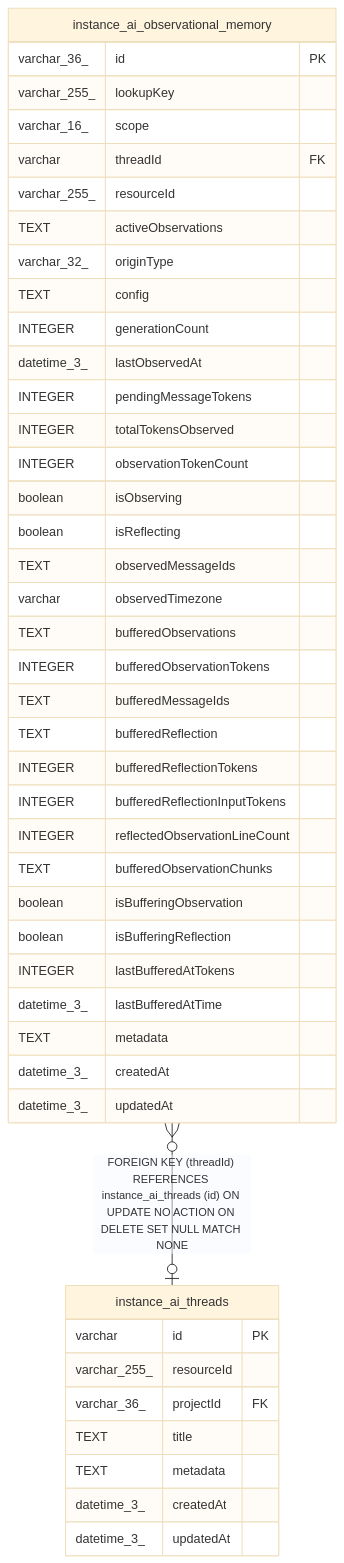
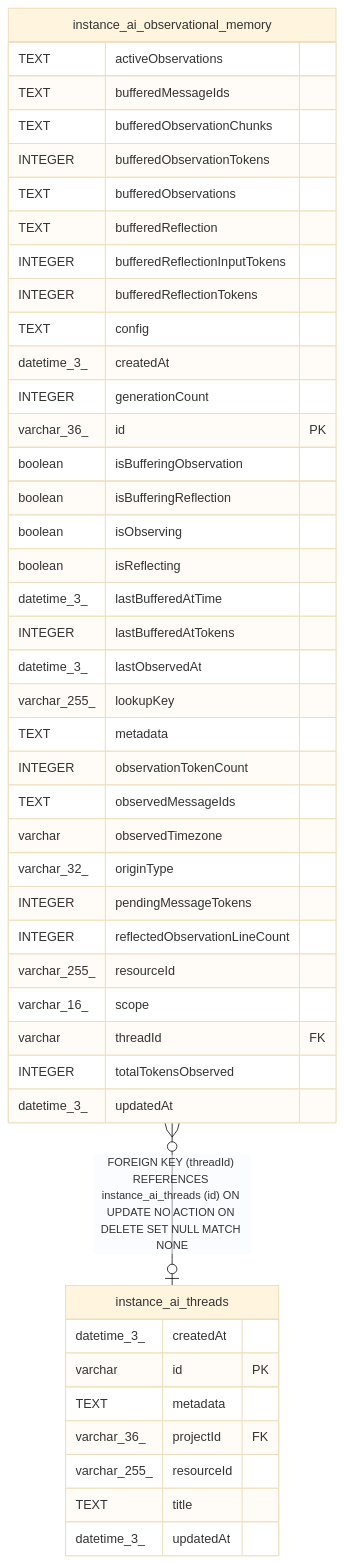
The diagram in docs/generated/sqlite-schema/instance_ai_observational_memory.md (mayankjain1815-commits/n8n), drawn with Mermaid (base theme) before and after one commit. The commit also changed other lines of this file and 221 other files, not shown here.

Commit message:
chore(core): Make DB schema docs generation deterministic (#32373)

````diff
--- a/docs/generated/sqlite-schema/instance_ai_observational_memory.md
+++ b/docs/generated/sqlite-schema/instance_ai_observational_memory.md
@@ -69,49 +69,49 @@
 ```mermaid
 erDiagram
 
 "instance_ai_observational_memory" }o--o| "instance_ai_threads" : "FOREIGN KEY (threadId) REFERENCES instance_ai_threads (id) ON UPDATE NO ACTION ON DELETE SET NULL MATCH NONE"
 
 "instance_ai_observational_memory" {
+  TEXT activeObservations
+  TEXT bufferedMessageIds
+  TEXT bufferedObservationChunks
+  INTEGER bufferedObservationTokens
+  TEXT bufferedObservations
+  TEXT bufferedReflection
+  INTEGER bufferedReflectionInputTokens
+  INTEGER bufferedReflectionTokens
+  TEXT config
+  datetime_3_ createdAt
+  INTEGER generationCount
   varchar_36_ id PK
+  boolean isBufferingObservation
+  boolean isBufferingReflection
+  boolean isObserving
+  boolean isReflecting
+  datetime_3_ lastBufferedAtTime
+  INTEGER lastBufferedAtTokens
+  datetime_3_ lastObservedAt
   varchar_255_ lookupKey
+  TEXT metadata
+  INTEGER observationTokenCount
+  TEXT observedMessageIds
+  varchar observedTimezone
+  varchar_32_ originType
+  INTEGER pendingMessageTokens
+  INTEGER reflectedObservationLineCount
+  varchar_255_ resourceId
   varchar_16_ scope
   varchar threadId FK
-  varchar_255_ resourceId
-  TEXT activeObservations
-  varchar_32_ originType
-  TEXT config
-  INTEGER generationCount
-  datetime_3_ lastObservedAt
-  INTEGER pendingMessageTokens
   INTEGER totalTokensObserved
-  INTEGER observationTokenCount
-  boolean isObserving
-  boolean isReflecting
-  TEXT observedMessageIds
-  varchar observedTimezone
-  TEXT bufferedObservations
-  INTEGER bufferedObservationTokens
-  TEXT bufferedMessageIds
-  TEXT bufferedReflection
-  INTEGER bufferedReflectionTokens
-  INTEGER bufferedReflectionInputTokens
-  INTEGER reflectedObservationLineCount
-  TEXT bufferedObservationChunks
-  boolean isBufferingObservation
-  boolean isBufferingReflection
-  INTEGER lastBufferedAtTokens
-  datetime_3_ lastBufferedAtTime
-  TEXT metadata
-  datetime_3_ createdAt
   datetime_3_ updatedAt
 }
 "instance_ai_threads" {
+  datetime_3_ createdAt
   varchar id PK
+  TEXT metadata
+  varchar_36_ projectId FK
   varchar_255_ resourceId
-  varchar_36_ projectId FK
   TEXT title
-  TEXT metadata
-  datetime_3_ createdAt
   datetime_3_ updatedAt
 }
 ```
````
